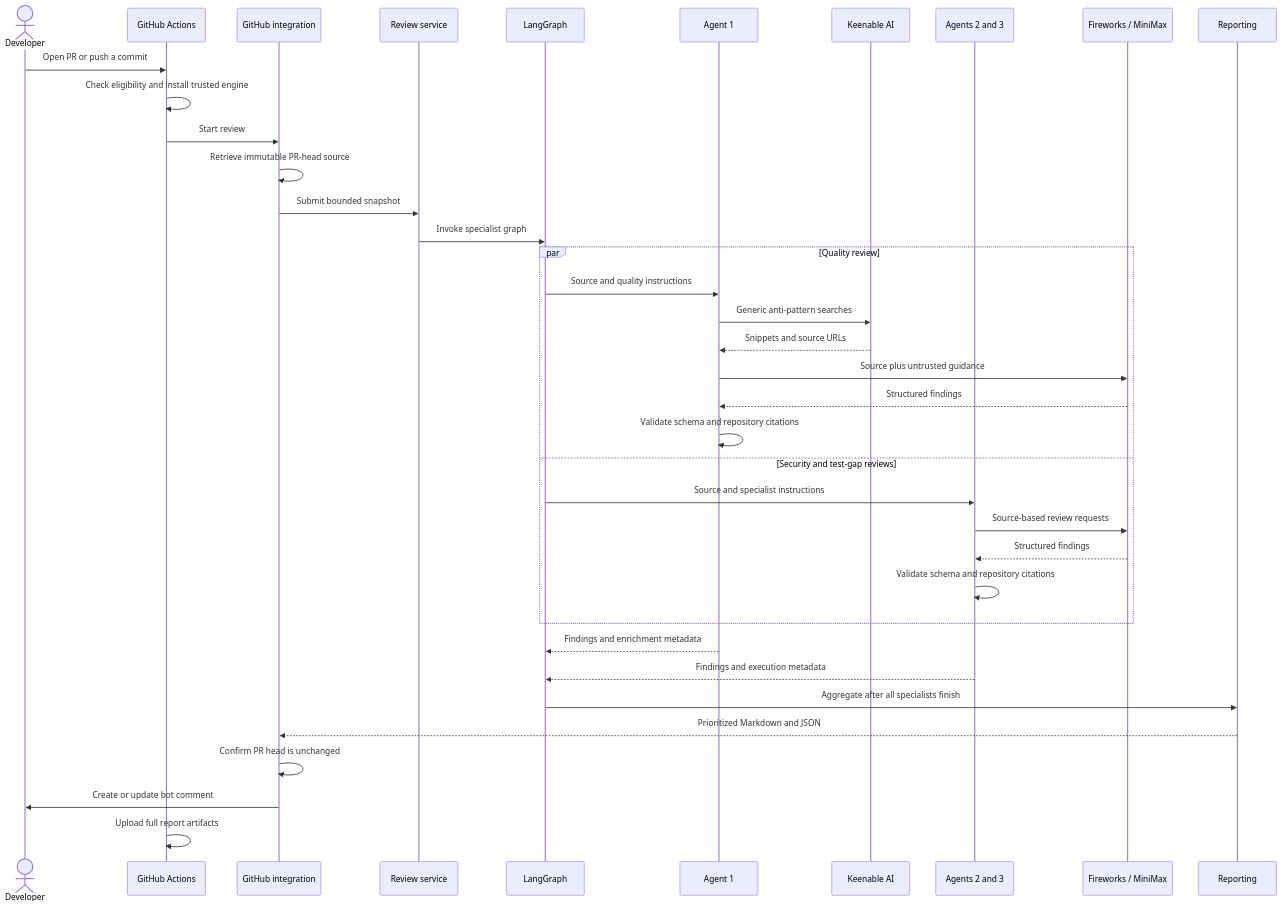
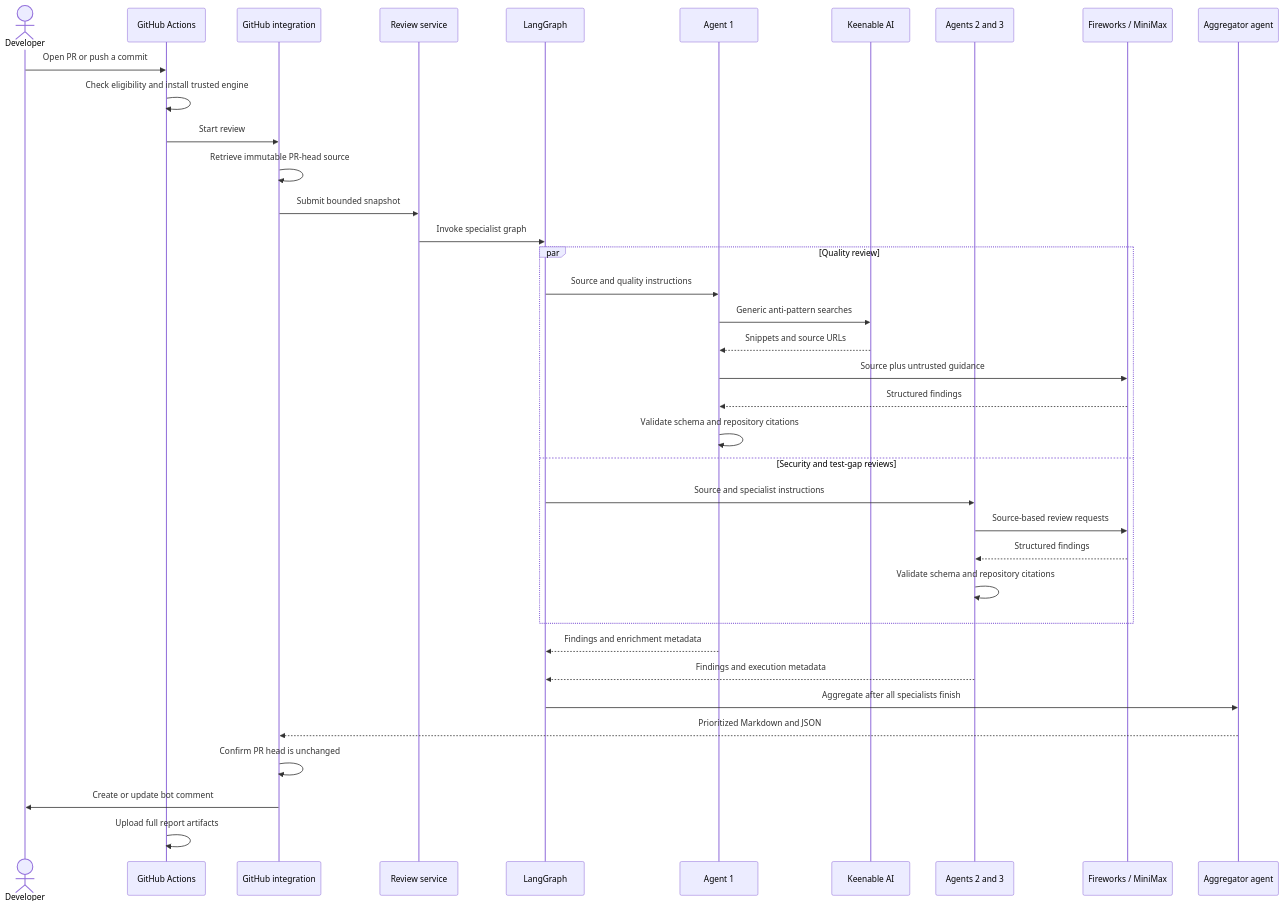
One commit to krishnakumar2050/Week3---multi-agent--Coding-Agent changed the diagram in docs/execution-flow.md. Above: the diagram before and after it, drawn with Mermaid. The commit also changed other lines of this file and 24 other files, not shown here.

````diff
--- a/docs/execution-flow.md
+++ b/docs/execution-flow.md
@@ -7,40 +7,40 @@
 ```mermaid
 sequenceDiagram
     actor Developer
     participant Actions as GitHub Actions
     participant Integration as GitHub integration
     participant Service as Review service
     participant Graph as LangGraph
     participant Quality as Agent 1
     participant Keenable as Keenable AI
     participant Others as Agents 2 and 3
     participant Model as Fireworks / MiniMax
-    participant Report as Reporting
+    participant Report as Aggregator agent
 
     Developer->>Actions: Open PR or push a commit
     Actions->>Actions: Check eligibility and install trusted engine
     Actions->>Integration: Start review
     Integration->>Integration: Retrieve immutable PR-head source
     Integration->>Service: Submit bounded snapshot
     Service->>Graph: Invoke specialist graph
     par Quality review
         Graph->>Quality: Source and quality instructions
         Quality->>Keenable: Generic anti-pattern searches
         Keenable-->>Quality: Snippets and source URLs
         Quality->>Model: Source plus untrusted guidance
         Model-->>Quality: Structured findings
         Quality->>Quality: Validate schema and repository citations
     and Security and test-gap reviews
         Graph->>Others: Source and specialist instructions
         Others->>Model: Source-based review requests
         Model-->>Others: Structured findings
         Others->>Others: Validate schema and repository citations
     end
     Quality-->>Graph: Findings and enrichment metadata
     Others-->>Graph: Findings and execution metadata
     Graph->>Report: Aggregate after all specialists finish
     Report-->>Integration: Prioritized Markdown and JSON
     Integration->>Integration: Confirm PR head is unchanged
     Integration->>Developer: Create or update bot comment
     Actions->>Actions: Upload full report artifacts
 ```
````
